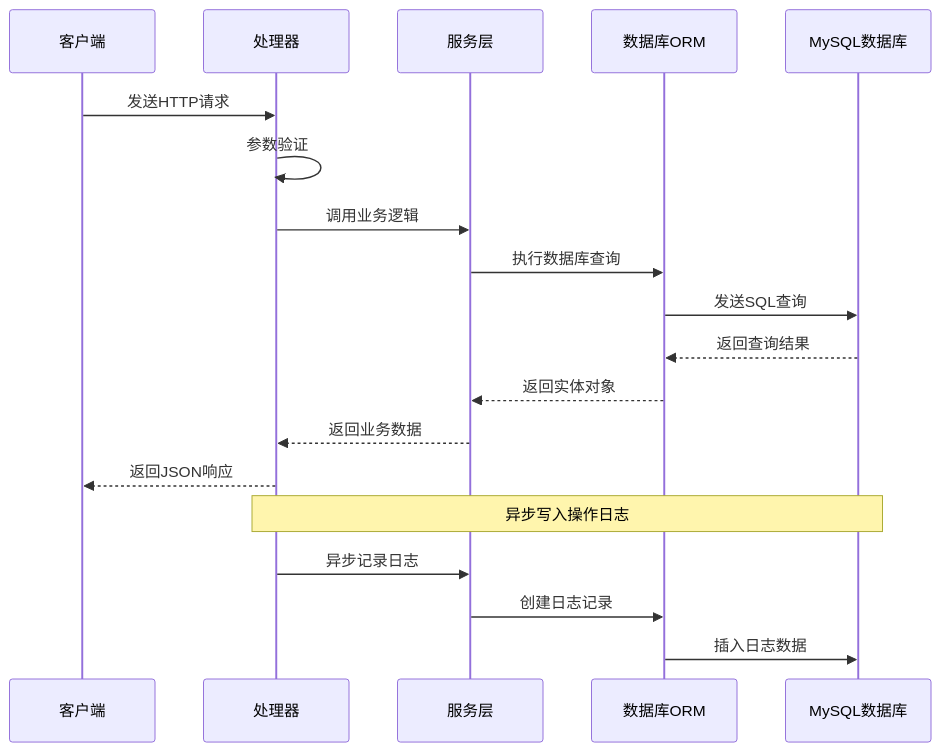
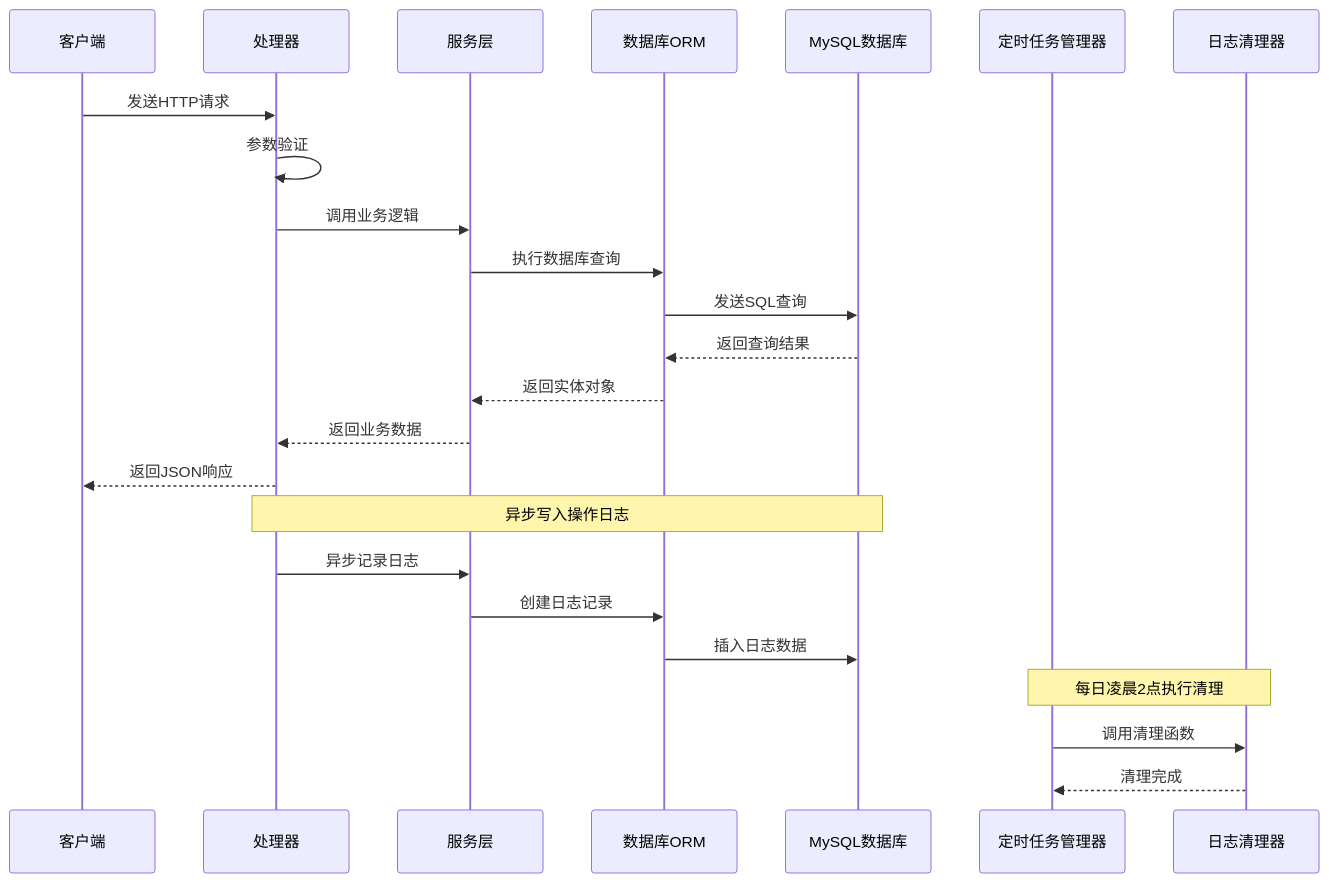
Before and after one commit to wuwuseo/e-sports-go-admin: the second of 6 diagrams in .qoder/repowiki/zh/content/API接口文档/操作日志管理接口.md, drawn with Mermaid. The commit also changed other lines of this file and 26 other files, not shown here.

````diff
--- a/.qoder/repowiki/zh/content/API接口文档/操作日志管理接口.md
+++ b/.qoder/repowiki/zh/content/API接口文档/操作日志管理接口.md
@@ -109,21 +140,26 @@
 ```mermaid
 sequenceDiagram
 participant Client as 客户端
 participant Handler as 处理器
 participant Service as 服务层
 participant ORM as 数据库ORM
 participant DB as MySQL数据库
+participant CronManager as 定时任务管理器
+participant JobLogger as 日志清理器
 Client->>Handler : 发送HTTP请求
 Handler->>Handler : 参数验证
 Handler->>Service : 调用业务逻辑
 Service->>ORM : 执行数据库查询
 ORM->>DB : 发送SQL查询
 DB-->>ORM : 返回查询结果
 ORM-->>Service : 返回实体对象
 Service-->>Handler : 返回业务数据
 Handler-->>Client : 返回JSON响应
 Note over Handler,DB : 异步写入操作日志
 Handler->>Service : 异步记录日志
 Service->>ORM : 创建日志记录
 ORM->>DB : 插入日志数据
+Note over CronManager,JobLogger : 每日凌晨2点执行清理
+CronManager->>JobLogger : 调用清理函数
+JobLogger-->>CronManager : 清理完成
 ```
````
